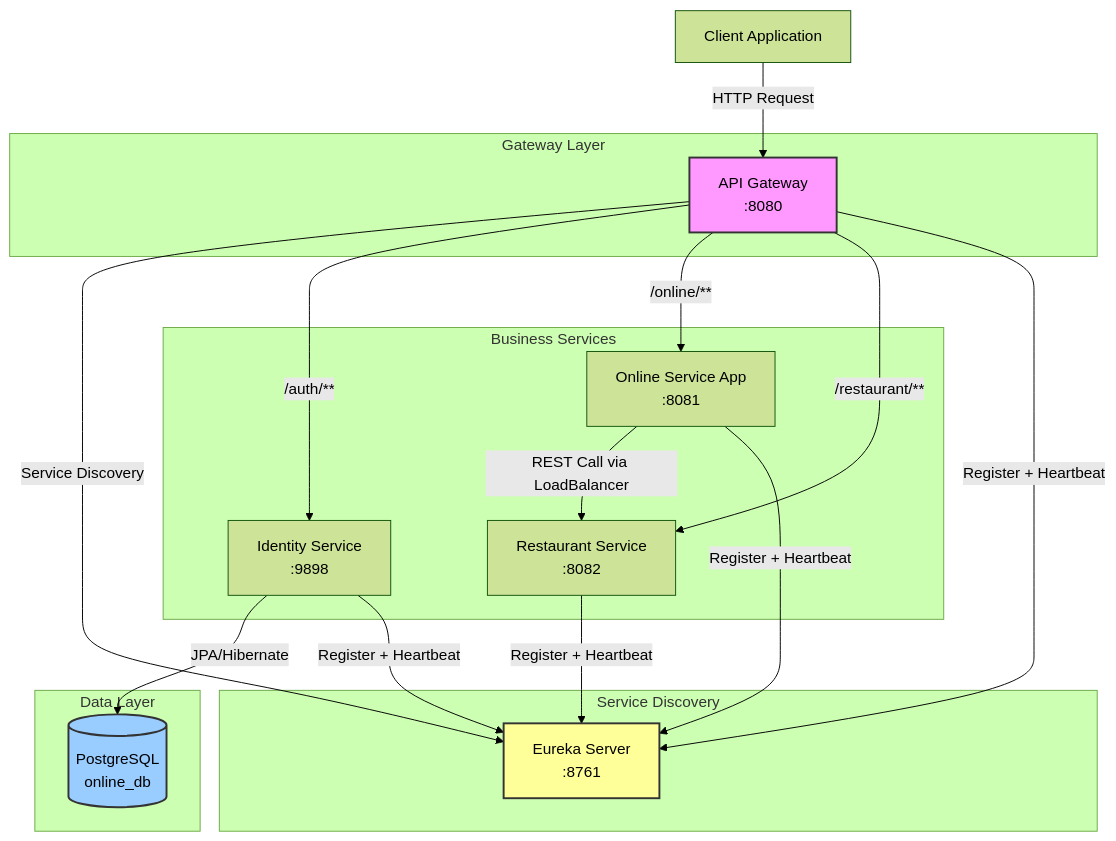
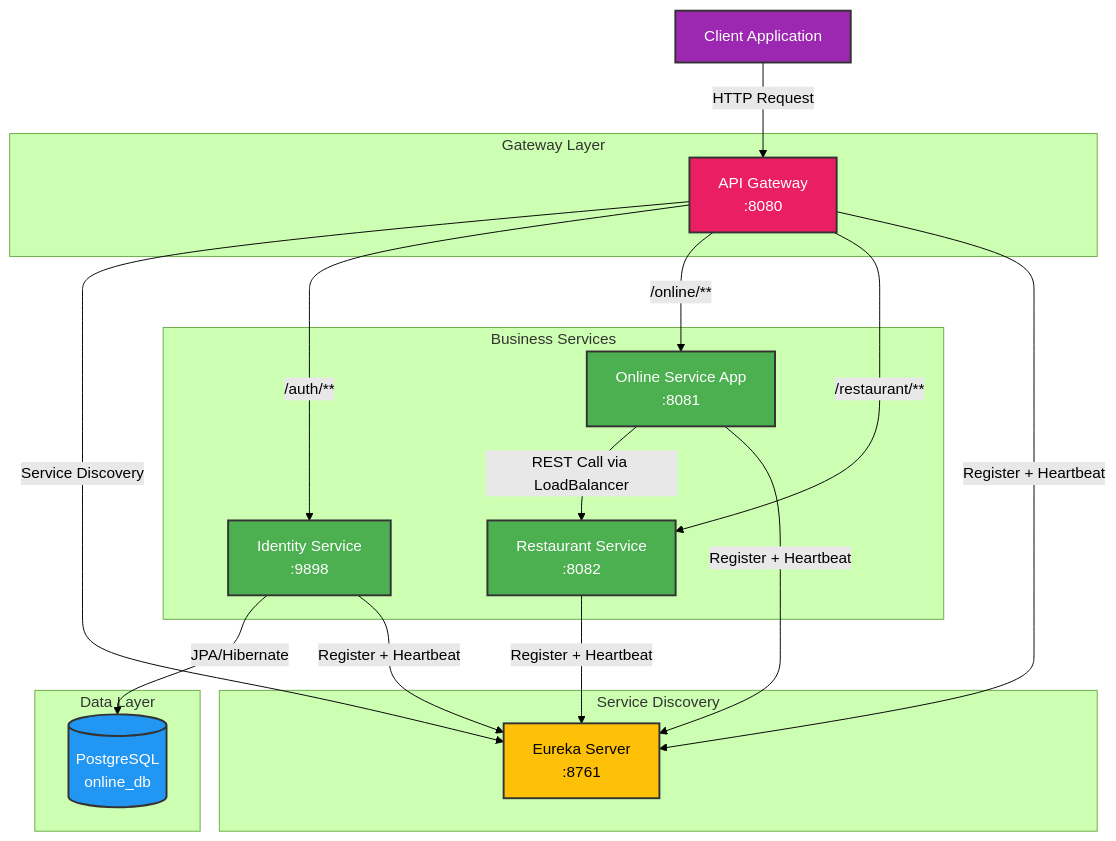
Before and after one commit to sawmikcuet19/auth-microservices: the first of 11 diagrams in README.md, drawn with Mermaid (forest theme). The commit also changed other lines of this file, not shown here.

First line of the commit message:
Fix README mermaid diagram colors for better readability

````diff
--- a/README.md
+++ b/README.md
@@ -22,38 +22,42 @@
 ```mermaid
 graph TB
     Client[Client Application]
 
     subgraph Gateway Layer
         GW[API Gateway<br/>:8080]
     end
 
     subgraph Service Discovery
         EUREKA[Eureka Server<br/>:8761]
     end
 
     subgraph Business Services
         ID[Identity Service<br/>:9898]
         ON[Online Service App<br/>:8081]
         REST[Restaurant Service<br/>:8082]
     end
 
     subgraph Data Layer
         DB[(PostgreSQL<br/>online_db)]
     end
 
     Client -->|HTTP Request| GW
     GW -->|Service Discovery| EUREKA
     GW -->|/auth/**| ID
     GW -->|/online/**| ON
     GW -->|/restaurant/**| REST
     ID -->|JPA/Hibernate| DB
     ON -->|REST Call via LoadBalancer| REST
     ON -->|Register + Heartbeat| EUREKA
     ID -->|Register + Heartbeat| EUREKA
     REST -->|Register + Heartbeat| EUREKA
     GW -->|Register + Heartbeat| EUREKA
 
-    style GW fill:#f9f,stroke:#333,stroke-width:2px
-    style EUREKA fill:#ff9,stroke:#333,stroke-width:2px
-    style DB fill:#9cf,stroke:#333,stroke-width:2px
+    style GW fill:#E91E63,stroke:#333,stroke-width:2px,color:#fff
+    style EUREKA fill:#FFC107,stroke:#333,stroke-width:2px,color:#000
+    style DB fill:#2196F3,stroke:#333,stroke-width:2px,color:#fff
+    style ID fill:#4CAF50,stroke:#333,stroke-width:2px,color:#fff
+    style ON fill:#4CAF50,stroke:#333,stroke-width:2px,color:#fff
+    style REST fill:#4CAF50,stroke:#333,stroke-width:2px,color:#fff
+    style Client fill:#9C27B0,stroke:#333,stroke-width:2px,color:#fff
 ```
````
